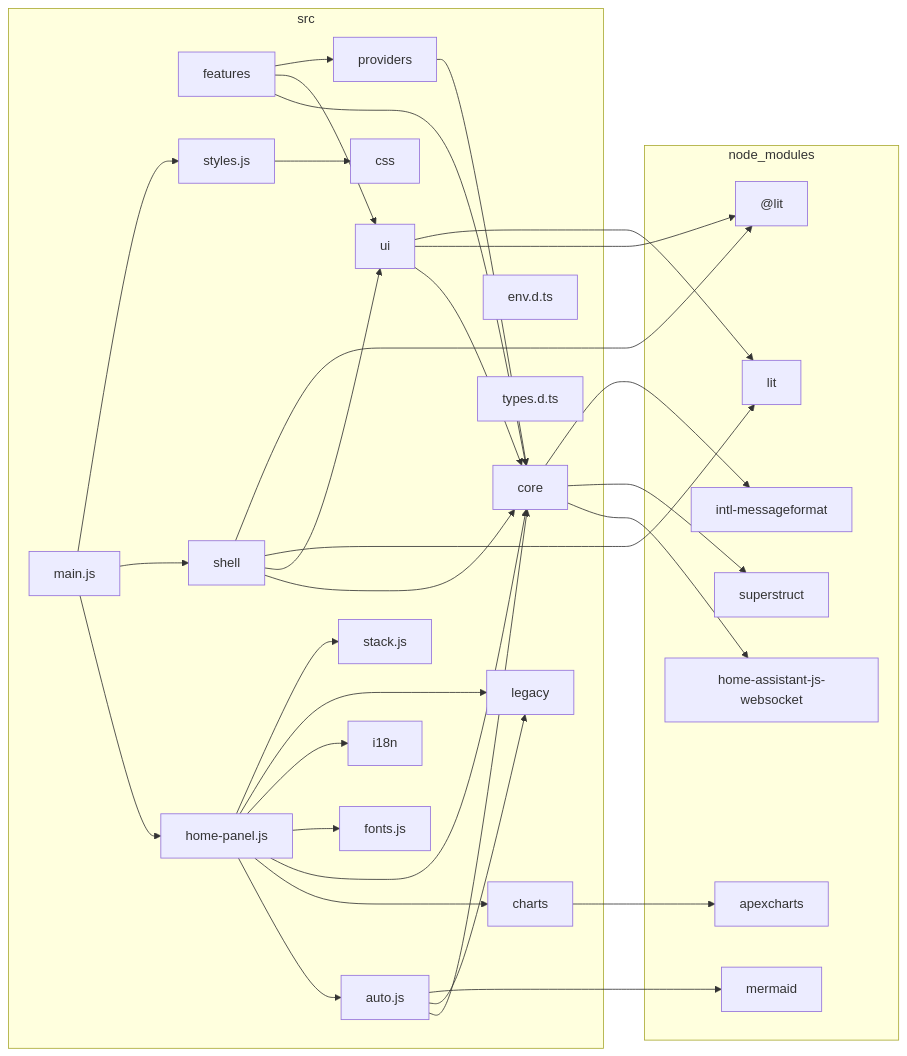
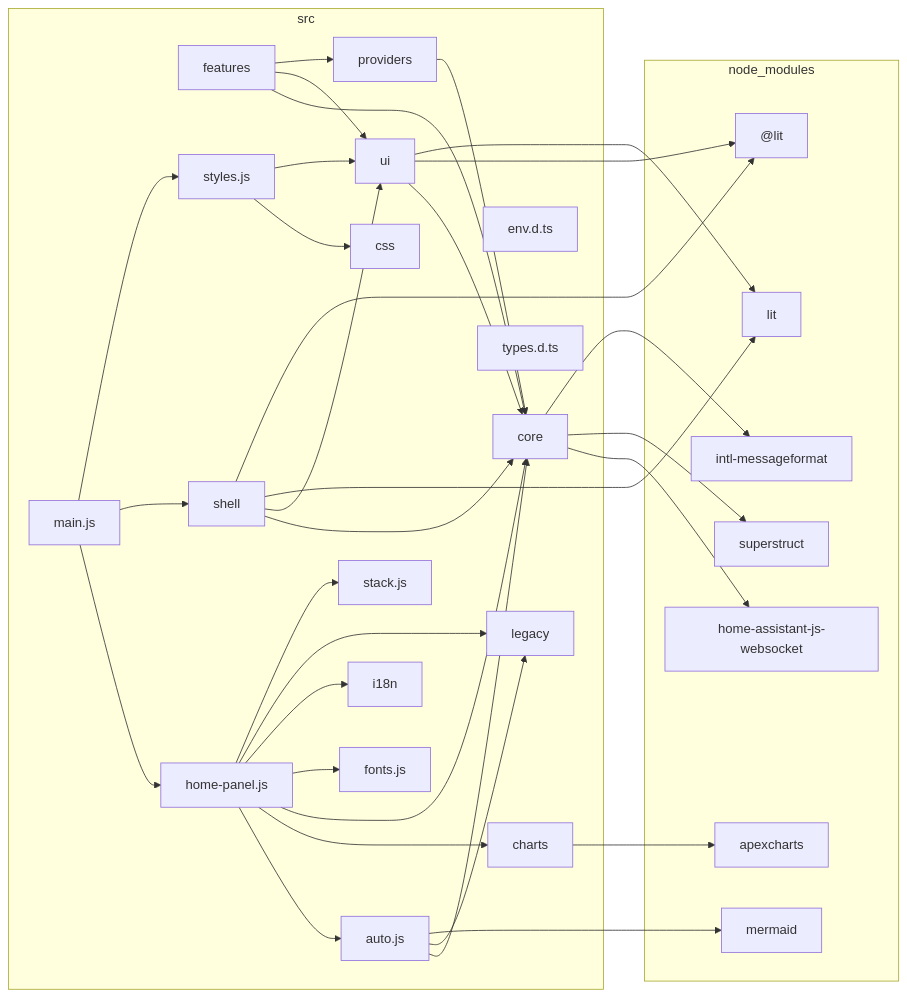
Before and after one commit to pldelisle/ha-home-panel: the diagram in docs/architecture/dependency-graph.md, drawn with Mermaid. The commit also changed 6 other files, not shown here.

````diff
--- a/docs/architecture/dependency-graph.md
+++ b/docs/architecture/dependency-graph.md
@@ -5,61 +5,62 @@
 ```mermaid
 flowchart LR
 
 subgraph 0["node_modules"]
 1["@lit"]
 2["apexcharts"]
 3["home-assistant-js-websocket"]
 4["intl-messageformat"]
 5["lit"]
 6["mermaid"]
 7["superstruct"]
 end
 subgraph 8["src"]
 9["auto.js"]
 A["charts"]
 B["core"]
 C["css"]
 D["env.d.ts"]
 E["features"]
 F["fonts.js"]
 G["home-panel.js"]
 H["i18n"]
 I["legacy"]
 J["main.js"]
 K["providers"]
 L["shell"]
 M["stack.js"]
 N["styles.js"]
 O["types.d.ts"]
 P["ui"]
 end
 9-->B
 9-->I
 9-->6
 A-->2
 B-->3
 B-->7
 B-->4
 E-->B
 E-->P
 E-->K
 G-->9
 G-->A
 G-->B
 G-->F
 G-->H
 G-->I
 G-->M
 J-->G
 J-->L
 J-->N
 K-->B
 L-->B
 L-->P
 L-->5
 L-->1
 N-->C
+N-->P
 P-->B
 P-->1
 P-->5
 ```
````
